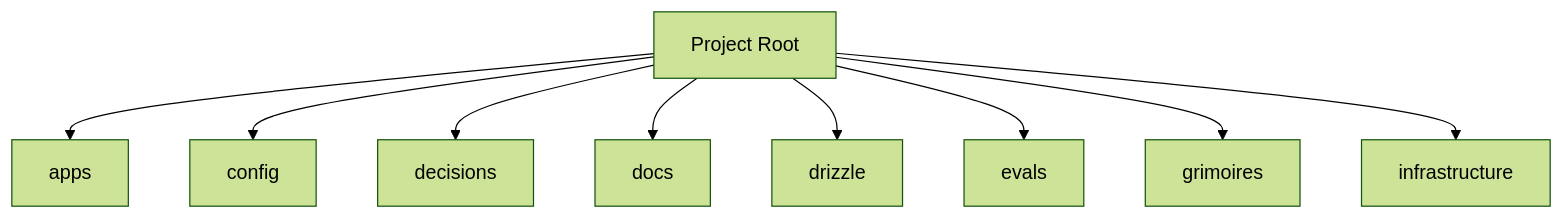
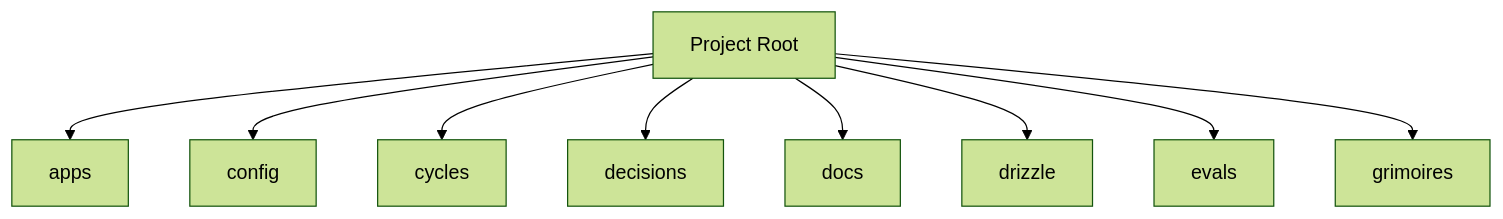
The diagram in BUTTERFREEZONE.md (0xHoneyJar/loa-freeside), drawn with Mermaid (forest theme) before and after one commit. The commit also changed other lines of this file and 1 other file, not shown here.

````diff
--- a/BUTTERFREEZONE.md
+++ b/BUTTERFREEZONE.md
@@ -80,20 +44,20 @@
 ```mermaid
 graph TD
     apps[apps]
     config[config]
+    cycles[cycles]
     decisions[decisions]
     docs[docs]
     drizzle[drizzle]
     evals[evals]
     grimoires[grimoires]
-    infrastructure[infrastructure]
     Root[Project Root]
     Root --> apps
     Root --> config
+    Root --> cycles
     Root --> decisions
     Root --> docs
     Root --> drizzle
     Root --> evals
     Root --> grimoires
-    Root --> infrastructure
 ```
````
